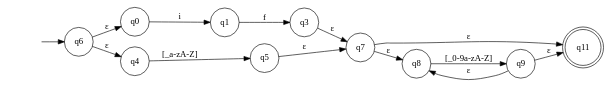
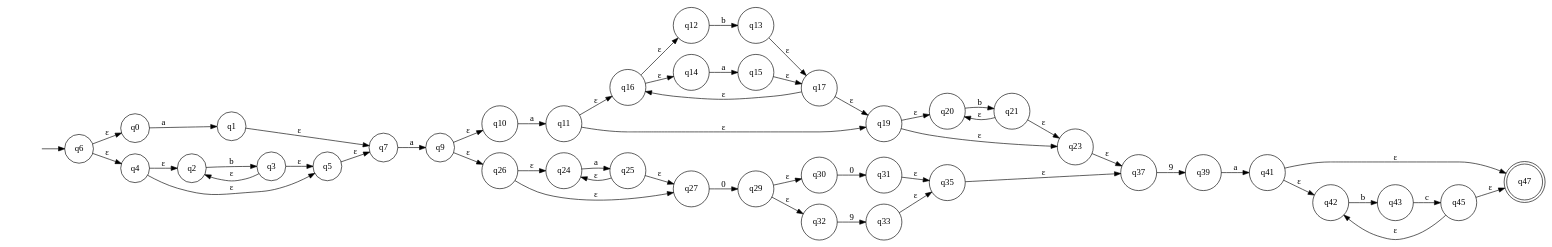
Before and after one commit to Logic-1729/CS2205-Lexer: the diagram in nfa_graph.dot, drawn with Graphviz. The commit also changed 14 other files, not shown here.

```diff
--- a/nfa_graph.dot
+++ b/nfa_graph.dot
@@ -1,20 +1,59 @@
 digraph NFA {
   rankdir=LR;
   node [shape=circle];
-  q11 [shape=doublecircle];
+  q47 [shape=doublecircle];
   __start0 [shape=none, label=""];
   __start0 -> q6;
 
-  q0 -> q1 [label="i"];
-  q1 -> q3 [label="f"];
-  q4 -> q5 [label="[_a-zA-Z]"];
+  q0 -> q1 [label="a"];
+  q2 -> q3 [label="b"];
+  q4 -> q2 [label="ε"];
+  q3 -> q5 [label="ε"];
+  q3 -> q2 [label="ε"];
+  q4 -> q5 [label="ε"];
   q6 -> q0 [label="ε"];
   q6 -> q4 [label="ε"];
-  q3 -> q7 [label="ε"];
+  q1 -> q7 [label="ε"];
   q5 -> q7 [label="ε"];
-  q8 -> q9 [label="[_0-9a-zA-Z]"];
-  q7 -> q8 [label="ε"];
-  q9 -> q11 [label="ε"];
-  q9 -> q8 [label="ε"];
-  q7 -> q11 [label="ε"];
+  q7 -> q9 [label="a"];
+  q10 -> q11 [label="a"];
+  q12 -> q13 [label="b"];
+  q14 -> q15 [label="a"];
+  q16 -> q12 [label="ε"];
+  q16 -> q14 [label="ε"];
+  q13 -> q17 [label="ε"];
+  q15 -> q17 [label="ε"];
+  q11 -> q16 [label="ε"];
+  q17 -> q19 [label="ε"];
+  q17 -> q16 [label="ε"];
+  q11 -> q19 [label="ε"];
+  q20 -> q21 [label="b"];
+  q19 -> q20 [label="ε"];
+  q21 -> q23 [label="ε"];
+  q21 -> q20 [label="ε"];
+  q19 -> q23 [label="ε"];
+  q24 -> q25 [label="a"];
+  q26 -> q24 [label="ε"];
+  q25 -> q27 [label="ε"];
+  q25 -> q24 [label="ε"];
+  q26 -> q27 [label="ε"];
+  q27 -> q29 [label="0"];
+  q30 -> q31 [label="0"];
+  q32 -> q33 [label="9"];
+  q29 -> q30 [label="ε"];
+  q29 -> q32 [label="ε"];
+  q31 -> q35 [label="ε"];
+  q33 -> q35 [label="ε"];
+  q9 -> q10 [label="ε"];
+  q9 -> q26 [label="ε"];
+  q23 -> q37 [label="ε"];
+  q35 -> q37 [label="ε"];
+  q37 -> q39 [label="9"];
+  q39 -> q41 [label="a"];
+  q42 -> q43 [label="b"];
+  q43 -> q45 [label="c"];
+  q41 -> q42 [label="ε"];
+  q45 -> q47 [label="ε"];
+  q45 -> q42 [label="ε"];
+  q41 -> q47 [label="ε"];
 }
```
